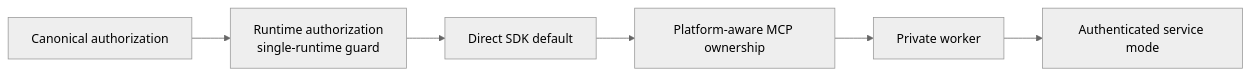
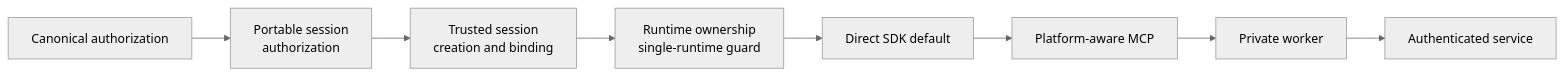
The eighth of 8 diagrams in rfcs/2549-cua-driver-sdk-owned-runtime.md (trycua/cua), drawn with Mermaid (neutral theme) before and after one commit. The commit also changed other lines of this file and 1 other file, not shown here.

Commit message:
docs: make permission modes portable session contexts

````diff
--- a/rfcs/2549-cua-driver-sdk-owned-runtime.md
+++ b/rfcs/2549-cua-driver-sdk-owned-runtime.md
@@ -907,11 +993,13 @@
 ```mermaid
 flowchart LR
     P0["Canonical authorization"]
-    P1["Runtime authorization<br/>single-runtime guard"]
-    P2["Direct SDK default"]
-    P3["Platform-aware MCP ownership"]
-    P4["Private worker"]
-    P5["Authenticated service mode"]
+    P1["Portable session<br/>authorization"]
+    P2["Trusted session<br/>creation and binding"]
+    P3["Runtime ownership<br/>single-runtime guard"]
+    P4["Direct SDK default"]
+    P5["Platform-aware MCP"]
+    P6["Private worker"]
+    P7["Authenticated service"]
 
-    P0 --> P1 --> P2 --> P3 --> P4 --> P5
+    P0 --> P1 --> P2 --> P3 --> P4 --> P5 --> P6 --> P7
 ```
````
